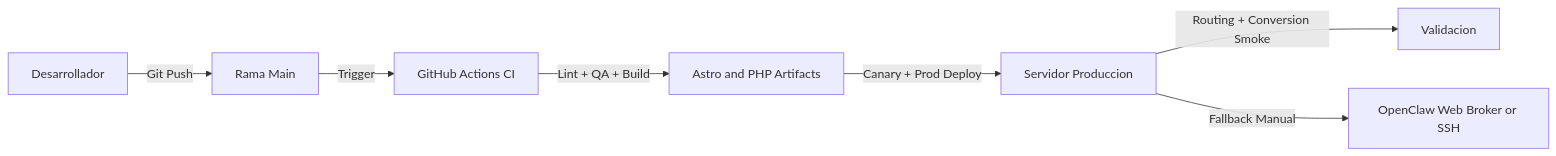
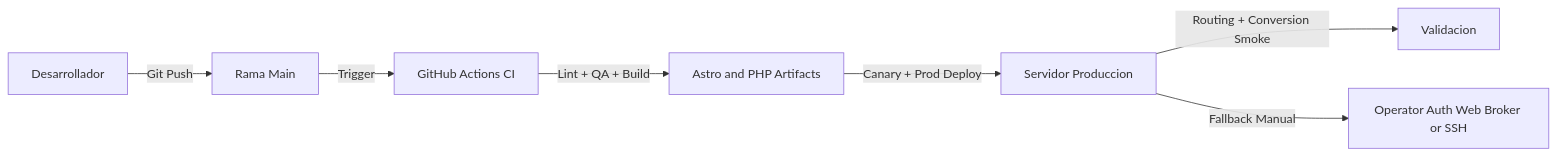
Before and after one commit to erosero558558/Aurora-Derm: the diagram in docs/DEPLOYMENT.md, drawn with Mermaid. The commit also changed other lines of this file and 104 other files, not shown here.

Commit message:
feat(auth): canonicalize google operator auth rollout

````diff
--- a/docs/DEPLOYMENT.md
+++ b/docs/DEPLOYMENT.md
@@ -9,9 +9,9 @@
 ```mermaid
 graph LR
     Dev[Desarrollador] -->|Git Push| Main[Rama Main]
     Main -->|Trigger| CI[GitHub Actions CI]
     CI -->|Lint + QA + Build| Build[Astro and PHP Artifacts]
     Build -->|Canary + Prod Deploy| Server[Servidor Produccion]
     Server -->|Routing + Conversion Smoke| Valid[Validacion]
-    Server -->|Fallback Manual| VPS[OpenClaw Web Broker or SSH]
+    Server -->|Fallback Manual| VPS[Operator Auth Web Broker or SSH]
 ```
````
